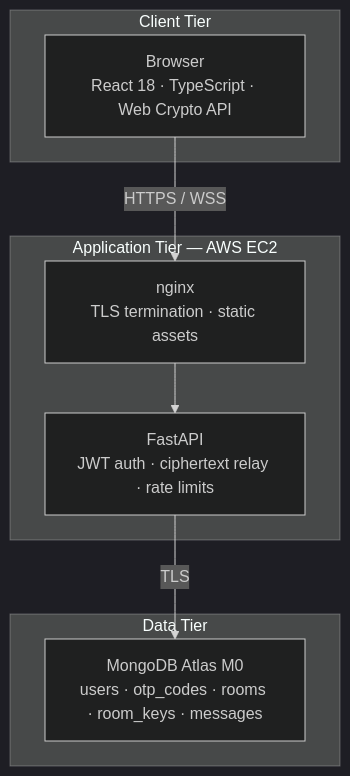
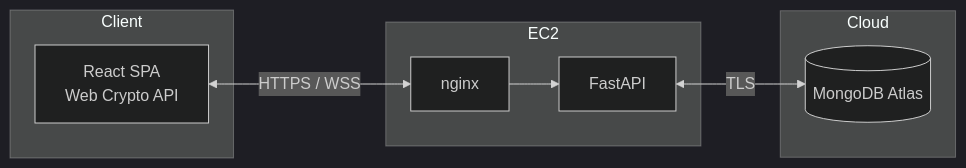
One commit to Sireesha-Boyapati/Secure-Communications-Collaboration-System-Design-and-Deployment changed the first of 2 diagrams in README.md. Above: the diagram before and after it, drawn with Mermaid (dark theme). The commit also changed other lines of this file, not shown here.

````diff
--- a/README.md
+++ b/README.md
@@ -42,19 +69,16 @@
 ```mermaid
-flowchart TB
-    subgraph Client["Client Tier"]
-        Browser["Browser<br/>React 18 · TypeScript · Web Crypto API"]
+flowchart LR
+    subgraph Client
+        A[React SPA<br/>Web Crypto API]
     end
-
-    subgraph Compute["Application Tier — AWS EC2"]
-        Nginx["nginx<br/>TLS termination · static assets"]
-        API["FastAPI<br/>JWT auth · ciphertext relay · rate limits"]
-        Nginx --> API
+    subgraph EC2
+        B[nginx]
+        C[FastAPI]
+        B --> C
     end
-
-    subgraph Data["Data Tier"]
-        Atlas["MongoDB Atlas M0<br/>users · otp_codes · rooms · room_keys · messages"]
+    subgraph Cloud
+        D[(MongoDB Atlas)]
     end
-
-    Browser -->|"HTTPS / WSS"| Nginx
-    API -->|"TLS"| Atlas
+    A <-->|HTTPS / WSS| B
+    C <-->|TLS| D
 ```
````
